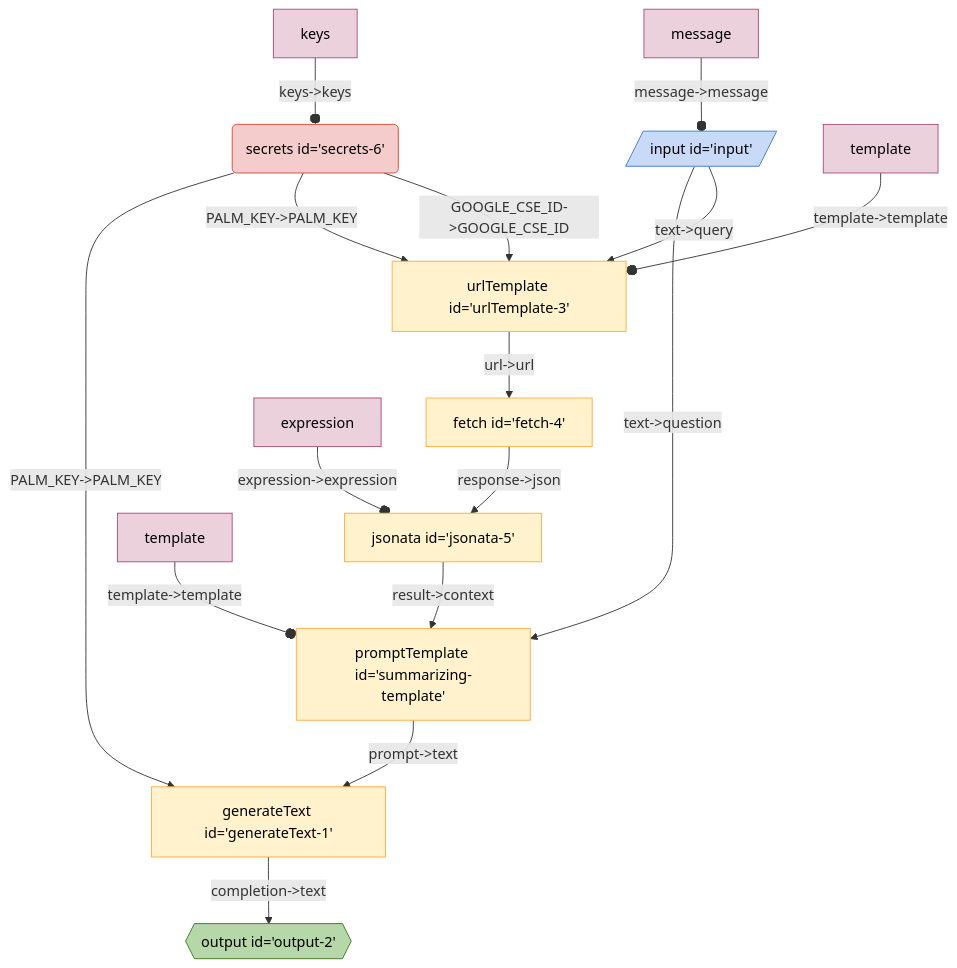
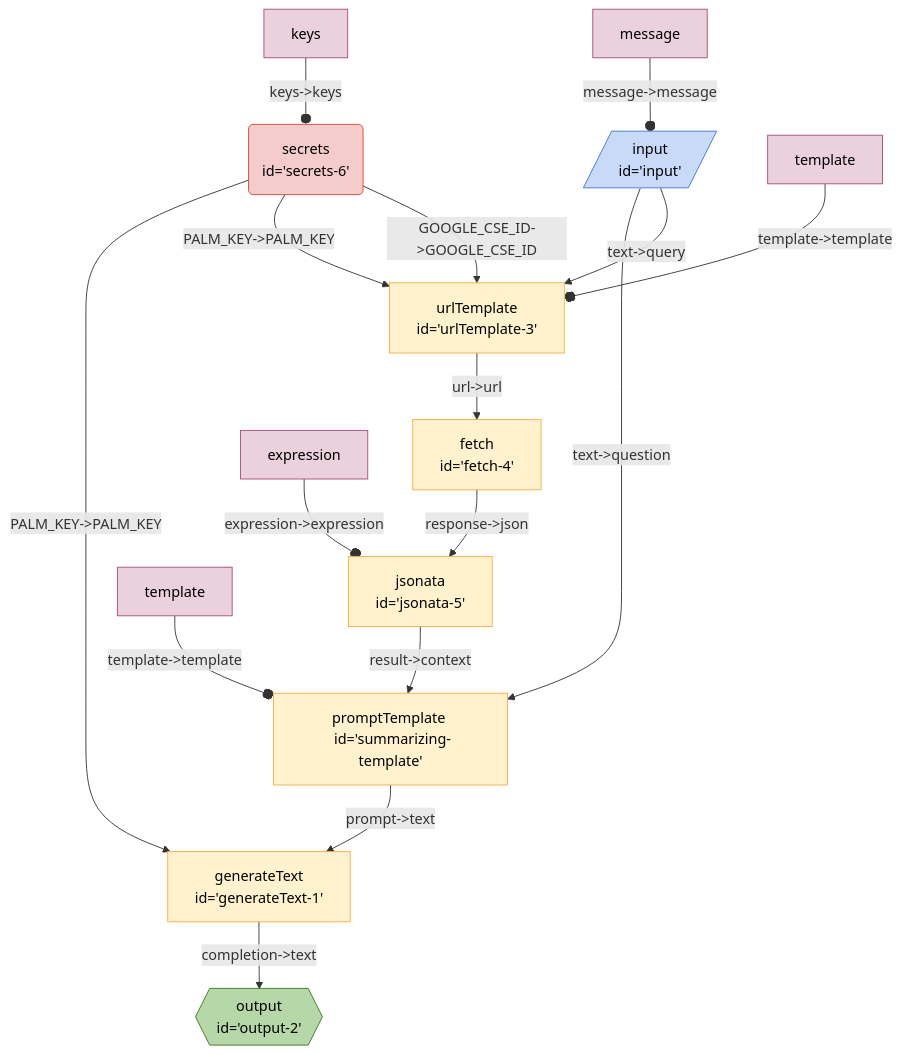
Before and after one commit to breadboard-ai/breadboard: the diagram in seeds/graph-playground/docs/graphs/search-summarize.md, drawn with Mermaid. The commit also changed 16 other files, not shown here.

First line of the commit message:
add line break back to mermaid diagrams

````diff
--- a/seeds/graph-playground/docs/graphs/search-summarize.md
+++ b/seeds/graph-playground/docs/graphs/search-summarize.md
@@ -5,27 +5,27 @@
   ```mermaid
   %%{init: 'themeVariables': { 'fontFamily': 'Fira Code, monospace' }}%%
 graph TD;
-generateText1["generateText id='generateText-1'"] -- "completion->text" --> output2{{"output id='output-2'"}}:::output
-summarizingtemplate["promptTemplate id='summarizing-template'"] -- "prompt->text" --> generateText1["generateText id='generateText-1'"]
-jsonata5["jsonata id='jsonata-5'"] -- "result->context" --> summarizingtemplate["promptTemplate id='summarizing-template'"]
-fetch4["fetch id='fetch-4'"] -- "response->json" --> jsonata5["jsonata id='jsonata-5'"]
-urlTemplate3["urlTemplate id='urlTemplate-3'"] -- "url->url" --> fetch4["fetch id='fetch-4'"]
-secrets6("secrets id='secrets-6'"):::secrets -- "PALM_KEY->PALM_KEY" --> generateText1["generateText id='generateText-1'"]
-secrets6("secrets id='secrets-6'"):::secrets -- "PALM_KEY->PALM_KEY" --> urlTemplate3["urlTemplate id='urlTemplate-3'"]
-secrets6("secrets id='secrets-6'"):::secrets -- "GOOGLE_CSE_ID->GOOGLE_CSE_ID" --> urlTemplate3["urlTemplate id='urlTemplate-3'"]
-input[/"input id='input'"/]:::input -- "text->question" --> summarizingtemplate["promptTemplate id='summarizing-template'"]
-input[/"input id='input'"/]:::input -- "text->query" --> urlTemplate3["urlTemplate id='urlTemplate-3'"]
+generateText1["generateText <br> id='generateText-1'"] -- "completion->text" --> output2{{"output <br> id='output-2'"}}:::output
+summarizingtemplate["promptTemplate <br> id='summarizing-template'"] -- "prompt->text" --> generateText1["generateText <br> id='generateText-1'"]
+jsonata5["jsonata <br> id='jsonata-5'"] -- "result->context" --> summarizingtemplate["promptTemplate <br> id='summarizing-template'"]
+fetch4["fetch <br> id='fetch-4'"] -- "response->json" --> jsonata5["jsonata <br> id='jsonata-5'"]
+urlTemplate3["urlTemplate <br> id='urlTemplate-3'"] -- "url->url" --> fetch4["fetch <br> id='fetch-4'"]
+secrets6("secrets <br> id='secrets-6'"):::secrets -- "PALM_KEY->PALM_KEY" --> generateText1["generateText <br> id='generateText-1'"]
+secrets6("secrets <br> id='secrets-6'"):::secrets -- "PALM_KEY->PALM_KEY" --> urlTemplate3["urlTemplate <br> id='urlTemplate-3'"]
+secrets6("secrets <br> id='secrets-6'"):::secrets -- "GOOGLE_CSE_ID->GOOGLE_CSE_ID" --> urlTemplate3["urlTemplate <br> id='urlTemplate-3'"]
+input[/"input <br> id='input'"/]:::input -- "text->question" --> summarizingtemplate["promptTemplate <br> id='summarizing-template'"]
+input[/"input <br> id='input'"/]:::input -- "text->query" --> urlTemplate3["urlTemplate <br> id='urlTemplate-3'"]
 templatesummarizingtemplate[template]:::config -- "template->template" --o summarizingtemplate
 templateurlTemplate3[template]:::config -- "template->template" --o urlTemplate3
 expressionjsonata5[expression]:::config -- "expression->expression" --o jsonata5
 keyssecrets6[keys]:::config -- "keys->keys" --o secrets6
 messageinput[message]:::config -- "message->message" --o input
 classDef default stroke:#ffab40,fill:#fff2ccff,color:#000
 classDef input stroke:#3c78d8,fill:#c9daf8ff,color:#000
 classDef output stroke:#38761d,fill:#b6d7a8ff,color:#000
 classDef passthrough stroke:#a64d79,fill:#ead1dcff,color:#000
 classDef slot stroke:#a64d79,fill:#ead1dcff,color:#000
 classDef config stroke:#a64d79,fill:#ead1dcff,color:#000
 classDef secrets stroke:#db4437,fill:#f4cccc,color:#000
 classDef slotted stroke:#a64d79
   ```
````
